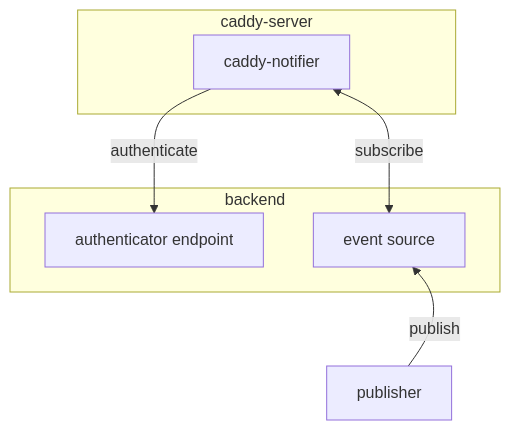
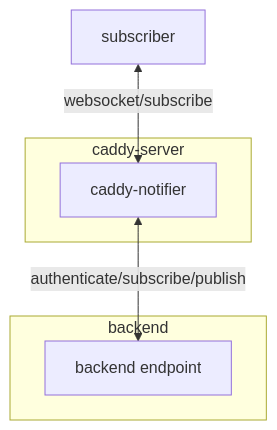
The diagram in README.md (criyle/caddy-notifier), drawn with Mermaid before and after one commit. The commit also changed other lines of this file, not shown here.

````diff
--- a/README.md
+++ b/README.md
@@ -7,14 +12,11 @@
 ```mermaid
 flowchart TD
-    A[caddy-notifier] --authenticate--> B[authenticator endpoint]
-    A <-- subscribe --> C[event source]
+    C[subscriber] <--websocket/subscribe--> A
+    A[caddy-notifier] <--authenticate/subscribe/publish--> B[backend endpoint]
     subgraph backend
     B
-    C
     end
-    C ~~~ D
-    D[publisher] -- publish --> C
     subgraph caddy-server
     A 
     end
 ```
````
